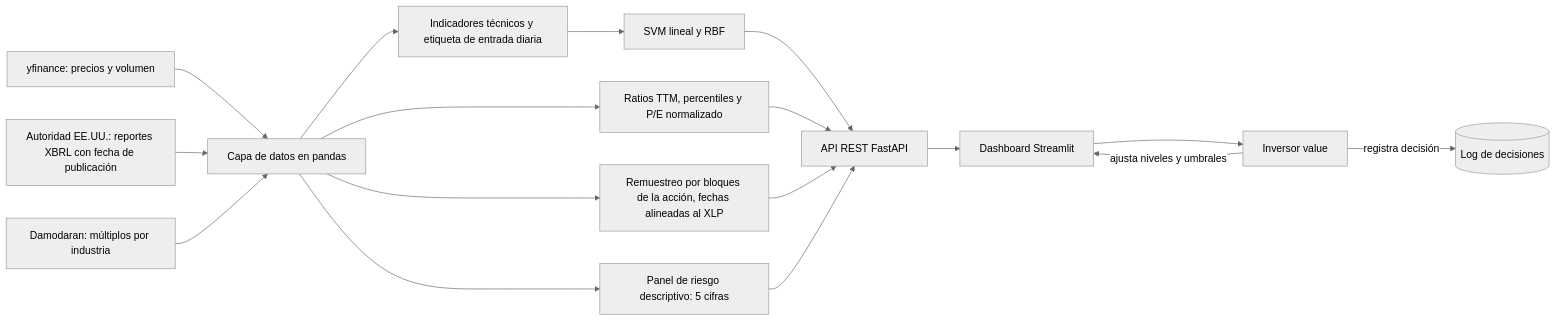
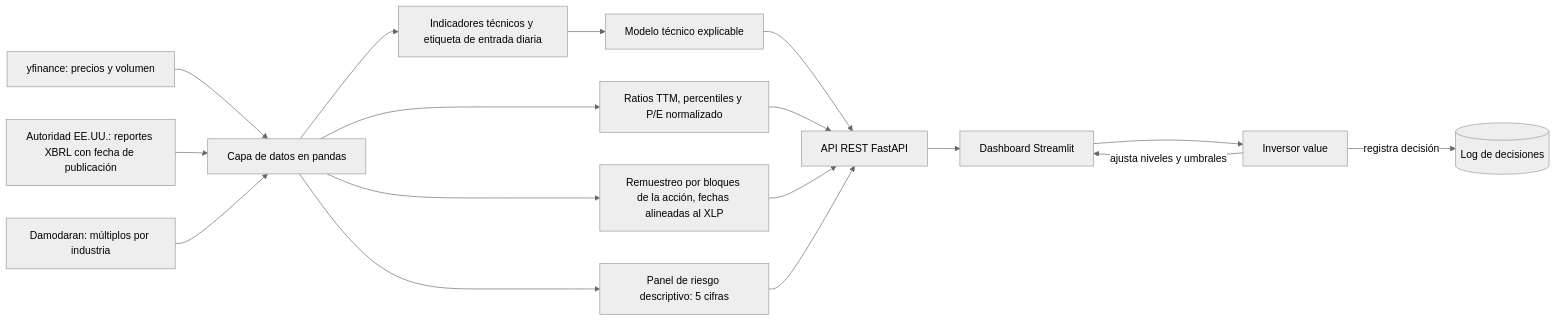
Before and after one commit to louis97/asistente-financiero: the diagram in docs/entrega_1/02_ideacion.md, drawn with Mermaid (neutral theme). The commit also changed other lines of this file and 7 other files, not shown here.

Commit message:
fix: ronda 1 de la fase borrador, README sin XLP en la simulación, modelo técnico sin fijar SVM, reglas de selección y de decisión separadas en §4.4

````diff
--- a/docs/entrega_1/02_ideacion.md
+++ b/docs/entrega_1/02_ideacion.md
@@ -110,19 +110,19 @@
 ```mermaid
 flowchart LR
     A1[yfinance: precios y volumen] --> D[Capa de datos en pandas]
     A2[Autoridad EE.UU.: reportes XBRL con fecha de publicación] --> D
     A3[Damodaran: múltiplos por industria] --> D
     D --> M1[Indicadores técnicos y etiqueta de entrada diaria]
     D --> M2[Ratios TTM, percentiles y P/E normalizado]
     D --> M3[Remuestreo por bloques de la acción, fechas alineadas al XLP]
     D --> M4[Panel de riesgo descriptivo: 5 cifras]
-    M1 --> S[SVM lineal y RBF]
+    M1 --> S[Modelo técnico explicable]
     S --> API[API REST FastAPI]
     M2 --> API
     M3 --> API
     M4 --> API
     API --> UI[Dashboard Streamlit]
     UI --> U[Inversor value]
     U -->|ajusta niveles y umbrales| UI
     U -->|registra decisión| L[(Log de decisiones)]
 ```
````
